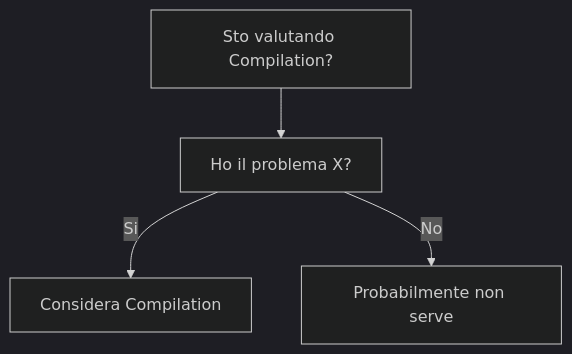
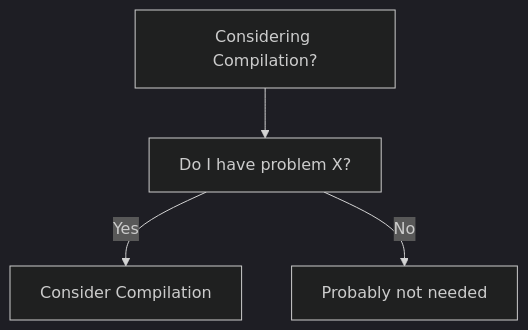
The diagram in dev-wiki/14_Languages/TypeScript/Compilation/When_To_Use.md (HxT9/Software-Dev-Wiki), drawn with Mermaid (dark theme) before and after one commit. The commit also changed other lines of this file and 3444 other files, not shown here.

````diff
--- a/dev-wiki/14_Languages/TypeScript/Compilation/When_To_Use.md
+++ b/dev-wiki/14_Languages/TypeScript/Compilation/When_To_Use.md
@@ -19,6 +19,6 @@
 ```mermaid
 flowchart TD
-  Q[Sto valutando Compilation?] --> Q1[Ho il problema X?]
-  Q1 -->|Si| OK[Considera Compilation]
-  Q1 -->|No| NO[Probabilmente non serve]
+  Q[Considering Compilation?] --> Q1[Do I have problem X?]
+  Q1 -->|Yes| OK[Consider Compilation]
+  Q1 -->|No| NO[Probably not needed]
 ```
````
